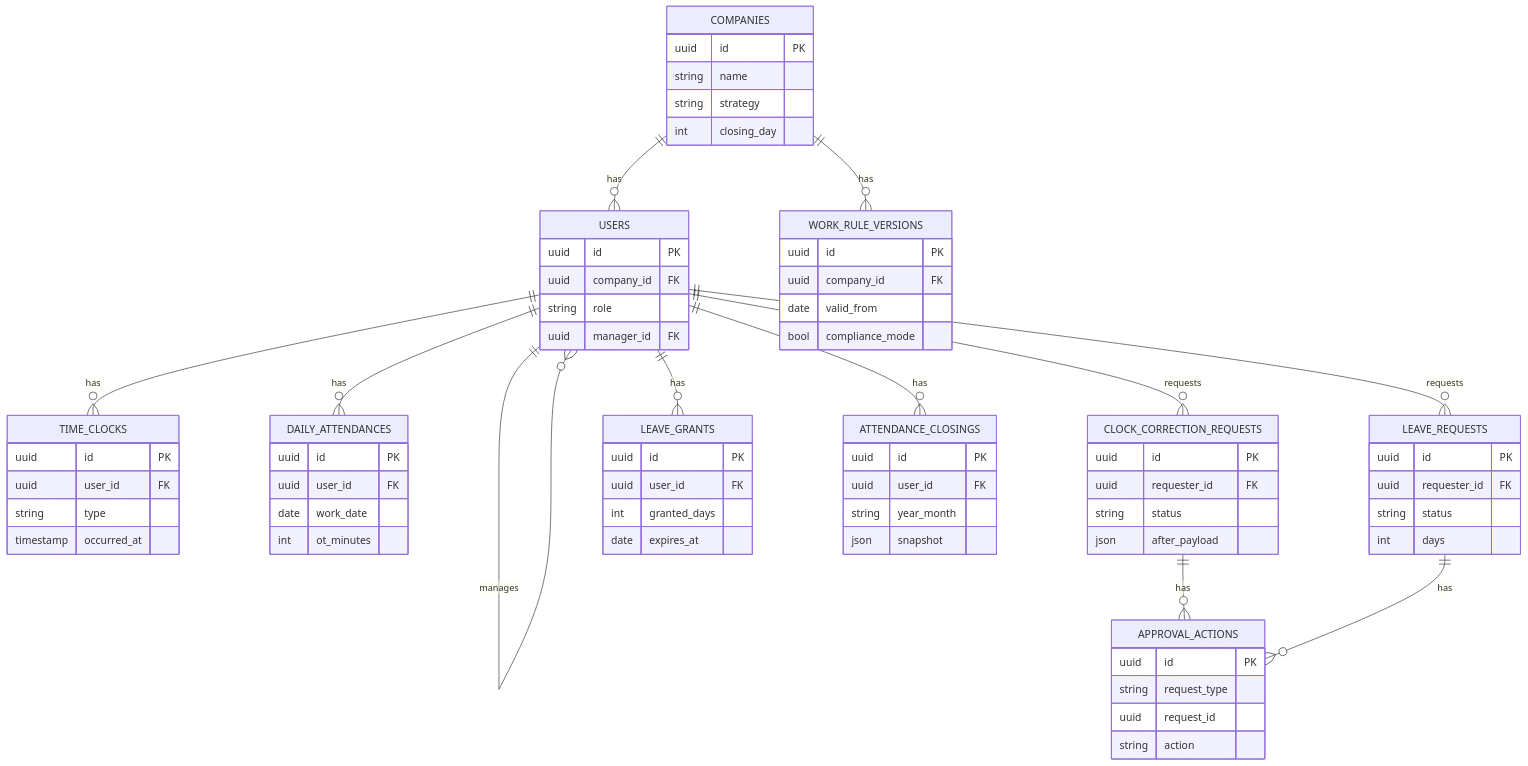
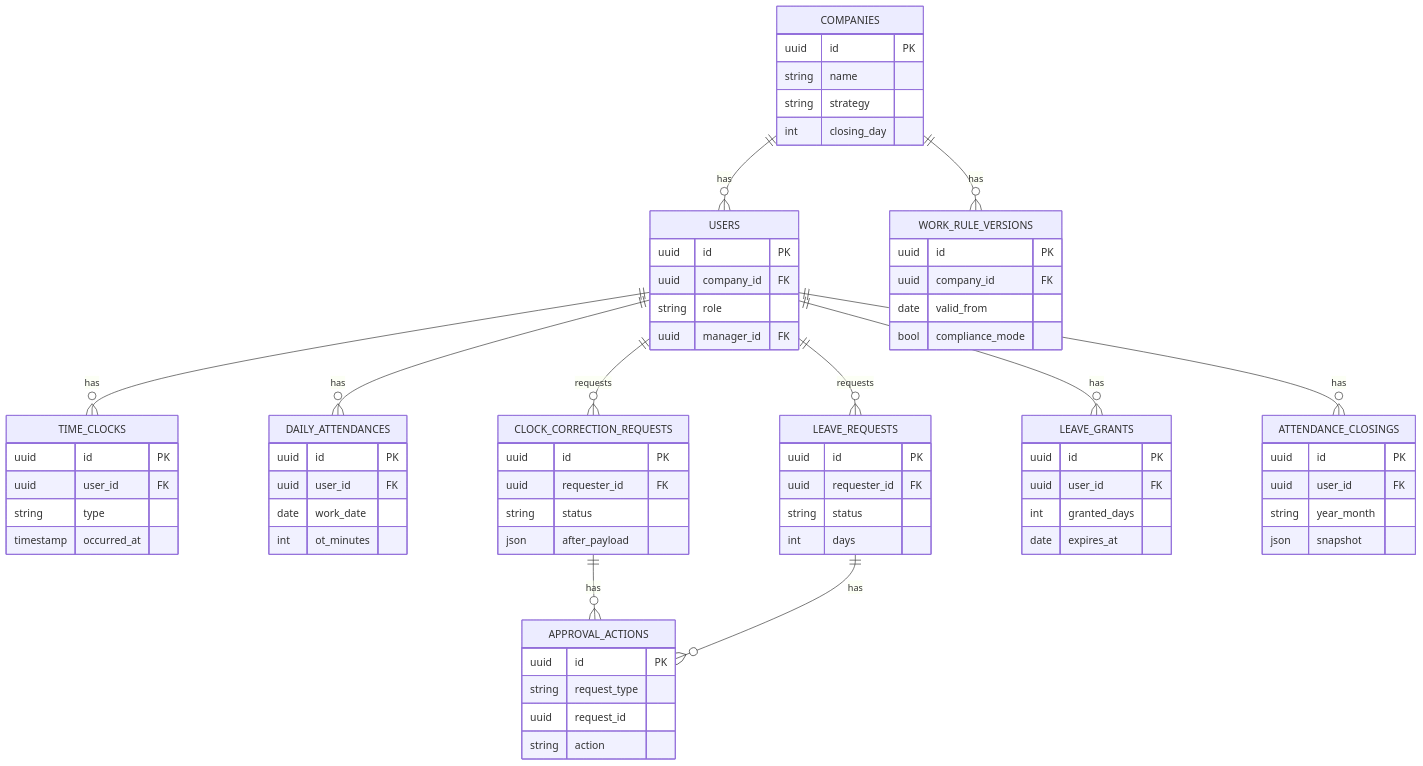
The diagram in README.md (y0913/attendance-management-system), drawn with Mermaid before and after one commit.

Commit message:
fix: 自己参照の図がおかしかったので修正する

````diff
--- a/README.md
+++ b/README.md
@@ -94,75 +94,74 @@
 ```mermaid
 erDiagram
   COMPANIES ||--o{ USERS : has
   COMPANIES ||--o{ WORK_RULE_VERSIONS : has
-  USERS ||--o{ USERS : manages
   USERS ||--o{ TIME_CLOCKS : has
   USERS ||--o{ DAILY_ATTENDANCES : has
   USERS ||--o{ CLOCK_CORRECTION_REQUESTS : requests
   USERS ||--o{ LEAVE_REQUESTS : requests
   USERS ||--o{ LEAVE_GRANTS : has
   USERS ||--o{ ATTENDANCE_CLOSINGS : has
   CLOCK_CORRECTION_REQUESTS ||--o{ APPROVAL_ACTIONS : has
   LEAVE_REQUESTS ||--o{ APPROVAL_ACTIONS : has
 
   COMPANIES {
     uuid id PK
     string name
     string strategy
     int closing_day
   }
   USERS {
     uuid id PK
     uuid company_id FK
     string role
     uuid manager_id FK
   }
   WORK_RULE_VERSIONS {
     uuid id PK
     uuid company_id FK
     date valid_from
     bool compliance_mode
   }
   TIME_CLOCKS {
     uuid id PK
     uuid user_id FK
     string type
     timestamp occurred_at
   }
   DAILY_ATTENDANCES {
     uuid id PK
     uuid user_id FK
     date work_date
     int ot_minutes
   }
   CLOCK_CORRECTION_REQUESTS {
     uuid id PK
     uuid requester_id FK
     string status
     json after_payload
   }
   LEAVE_REQUESTS {
     uuid id PK
     uuid requester_id FK
     string status
     int days
   }
   APPROVAL_ACTIONS {
     uuid id PK
     string request_type
     uuid request_id
     string action
   }
   LEAVE_GRANTS {
     uuid id PK
     uuid user_id FK
     int granted_days
     date expires_at
   }
   ATTENDANCE_CLOSINGS {
     uuid id PK
     uuid user_id FK
     string year_month
     json snapshot
   }
 ```
````
